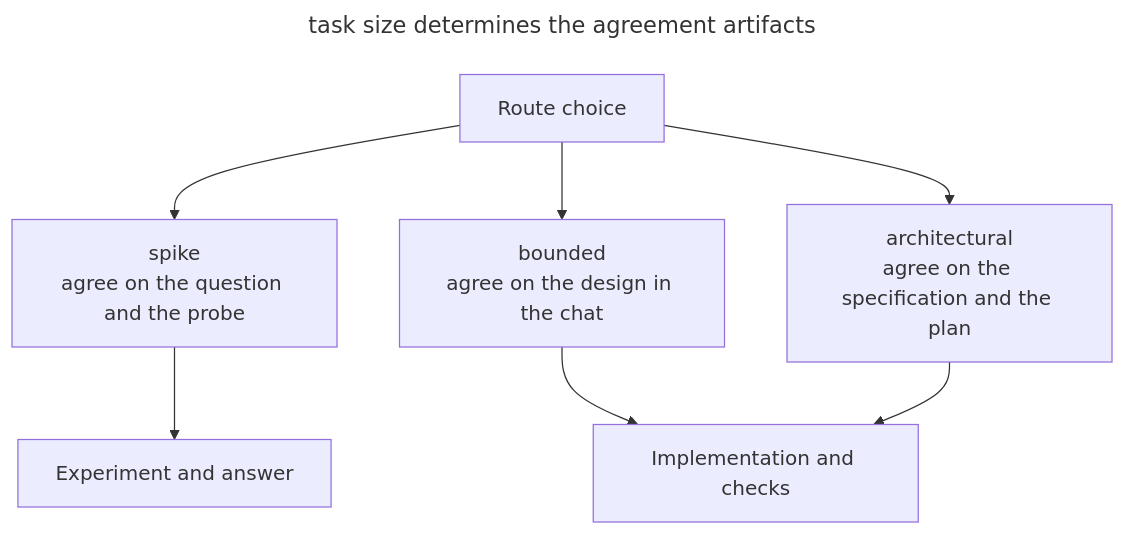
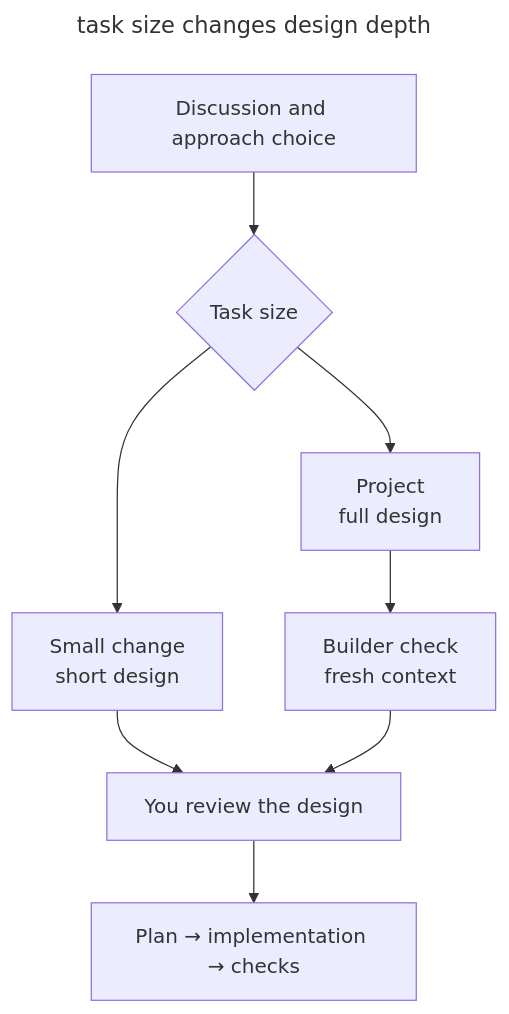
Before and after one commit to mokevnin/agentic-coding-design-patterns: the diagram in book/en/superpowers.md, drawn with Mermaid. The commit also changed other lines of this file and 78 other files, not shown here.

````diff
--- a/book/en/superpowers.md
+++ b/book/en/superpowers.md
@@ -40,12 +32,13 @@
 ```mermaid
 ---
-title: task size determines the agreement artifacts
+title: task size changes design depth
 ---
 flowchart TB
-  classify["Route choice"] --> spike["spike<br/>agree on the question and the probe"]
-  classify --> bounded["bounded<br/>agree on the design in the chat"]
-  classify --> architecture["architectural<br/>agree on the specification and the plan"]
-  spike --> answer["Experiment and answer"]:::accent
-  bounded --> implementation["Implementation and checks"]:::accent
-  architecture --> implementation
+  discuss["Discussion and approach choice"] --> size{"Task size"}
+  size --> short["Small change<br/>short design"]
+  size --> full["Project<br/>full design"]
+  full --> check["Builder check<br/>fresh context"]
+  short --> approval["You review the design"]:::accent
+  check --> approval
+  approval --> plan["Plan → implementation → checks"]
 ```
````
